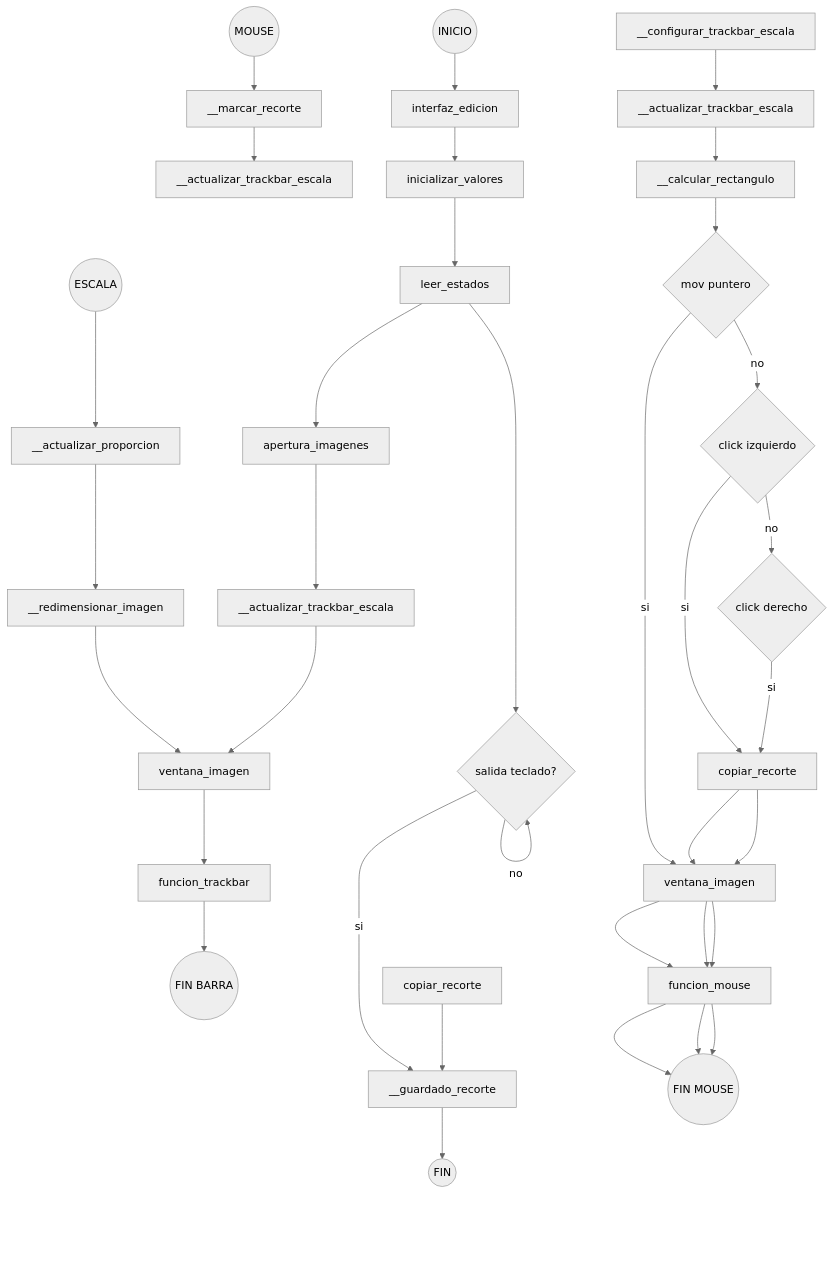
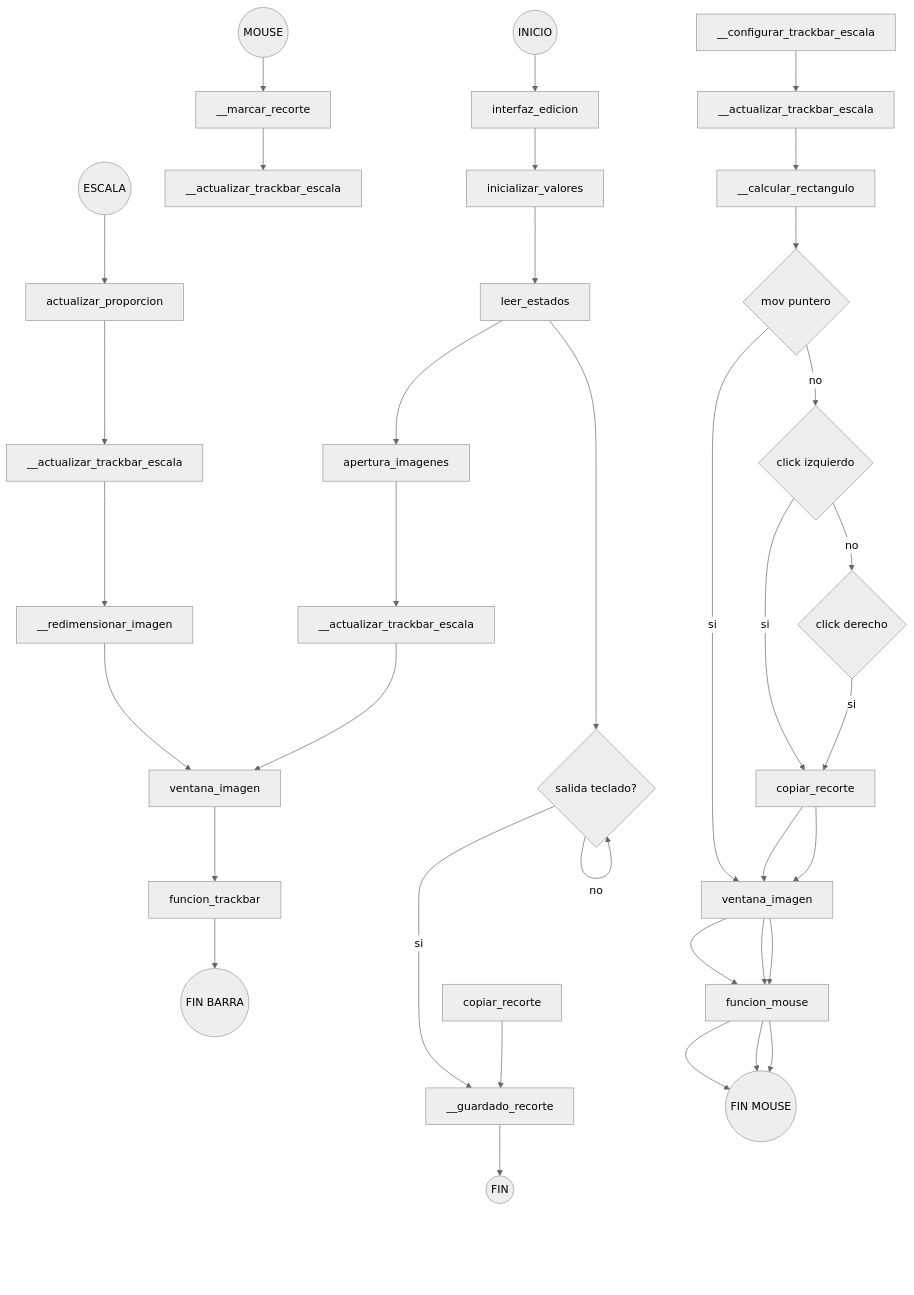
Before and after one commit to MarceloMarot/ImageHelpers: the second of 2 diagrams in grafica_ventana_recorte.md, drawn with Mermaid (neutral theme). The commit also changed 1 other file, not shown here.

Commit message:
cortar_imagen: tuberia salida agregada

````diff
--- a/grafica_ventana_recorte.md
+++ b/grafica_ventana_recorte.md
@@ -29,48 +29,48 @@
 ```mermaid
 flowchart TD;
 
 
 id1((ESCALA))-->J
 
 id2((MOUSE))-->M
 
 id3((INICIO)) -->T
 
 
 id7((FIN MOUSE)) 
 id8((FIN BARRA)) 
 id9((FIN)) 
 
 F[leer_estados] --> G[apertura_imagenes] 
 
 G[apertura_imagenes]--> N3[__actualizar_trackbar_escala] -->K[ventana_imagen]
 
 
 
 
-J[__actualizar_proporcion]--> R[__redimensionar_imagen]--> K[ventana_imagen] --> L[funcion_trackbar] -->id8 
+J[actualizar_proporcion]--> N4[__actualizar_trackbar_escala] -->R[__redimensionar_imagen]--> K[ventana_imagen] --> L[funcion_trackbar] -->id8 
 
 M[__marcar_recorte] --> N2[__actualizar_trackbar_escala]
 N-->O[__calcular_rectangulo] --> IF1{mov puntero}
 IF1 -->|si| K2[ventana_imagen] --> P[funcion_mouse]-->id7
 IF1 -->|no| IF2{click izquierdo}-->|si| Q[copiar_recorte] -->K2[ventana_imagen]--> P[funcion_mouse] -->id7
 IF2 -->|no| IF3{click derecho}-->|si| Q[copiar_recorte] -->K2[ventana_imagen]--> P[funcion_mouse] -->id7
 
 
 
 
 
 AA[__configurar_trackbar_escala] -->N[__actualizar_trackbar_escala]
 
 
 
 
 
 T[interfaz_edicion] --> B2[inicializar_valores] --> F[leer_estados] ---->IF5{salida teclado?}---->|si| U
 
 
 IF5{salida teclado?}---->|no|IF5
 
 Q2[copiar_recorte]-->U[__guardado_recorte]-->id9
 
 ```
````
